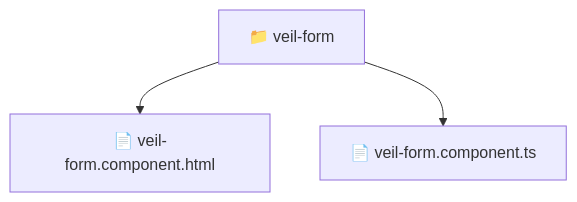
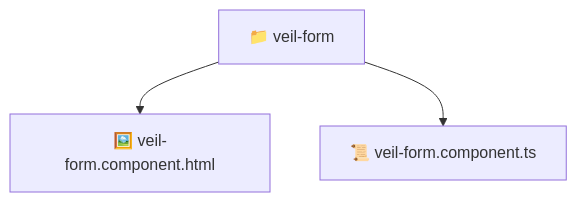
Before and after one commit to beginwebdev2002/fullstack-mavluda: the diagram in frontend/src/pages/veil/ui/veil-form/README.md, drawn with Mermaid. The commit also changed other lines of this file and 163 other files, not shown here.

````diff
--- a/frontend/src/pages/veil/ui/veil-form/README.md
+++ b/frontend/src/pages/veil/ui/veil-form/README.md
@@ -11,6 +11,6 @@
 ```mermaid
 graph TD
-  Root["📁 veil-form"]
-  Root --> veil_form_component_html["📄 veil-form.component.html"]
-  Root --> veil_form_component_ts["📄 veil-form.component.ts"]
+  veil_form["📁 veil-form"]
+  veil_form --> veil_form_component_html["🖼️ veil-form.component.html"]
+  veil_form --> veil_form_component_ts["📜 veil-form.component.ts"]
 ```
````
